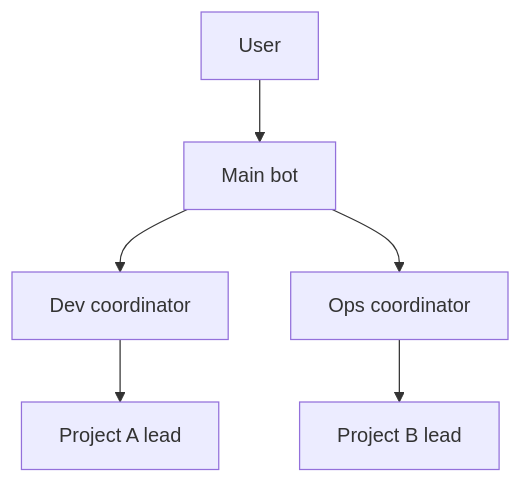
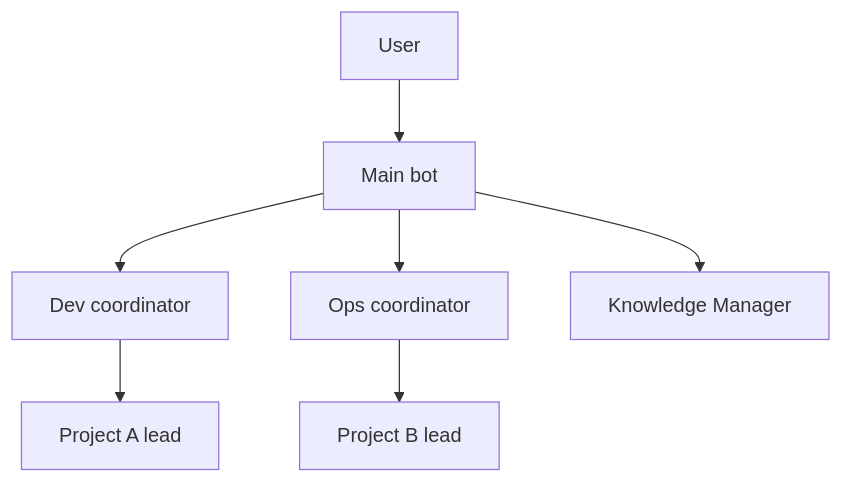
One commit to chemistrywow31/grok-team changed the first of 2 diagrams in docs/architecture.md. Above: the diagram before and after it, drawn with Mermaid. The commit also changed other lines of this file and 29 other files, not shown here.

First line of the commit message:
Add Knowledge Manager and a stable search interface

````diff
--- a/docs/architecture.md
+++ b/docs/architecture.md
@@ -20,14 +22,16 @@
 ```mermaid
 flowchart TD
   user[User]
   main[Main bot]
   dev[Dev coordinator]
   ops[Ops coordinator]
   a[Project A lead]
   b[Project B lead]
+  km[Knowledge Manager]
   user --> main
   main --> dev
   main --> ops
+  main --> km
   dev --> a
   ops --> b
 ```
````
